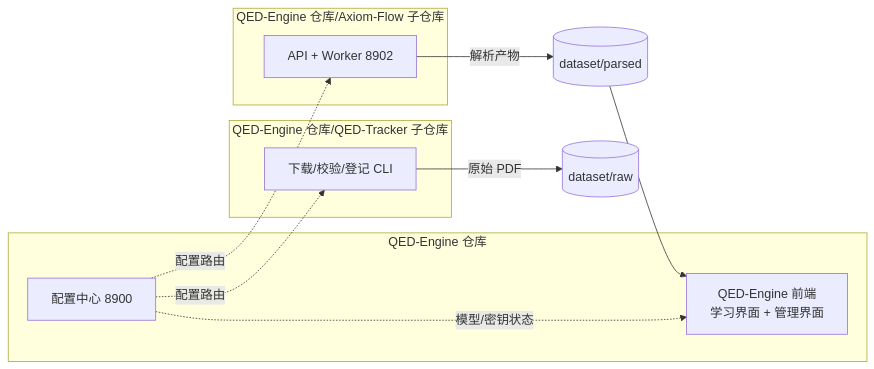
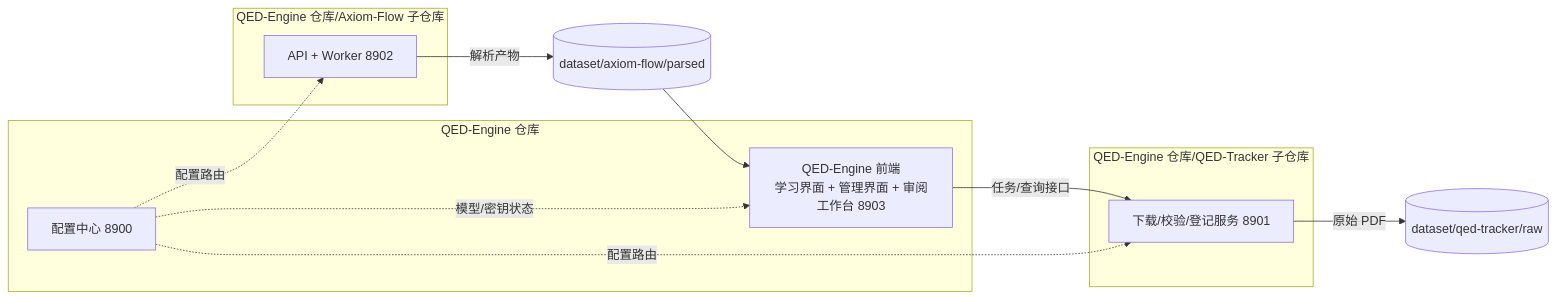
One commit to swfswf1234/QED-Engine changed the diagram in docs/architecture/four-service-architecture.md. Above: the diagram before and after it, drawn with Mermaid. The commit also changed other lines of this file and 14 other files, not shown here.

Commit message:
feat: add unified qed CLI with config subcommand, service discovery and CORS allowlist

````diff
--- a/docs/architecture/four-service-architecture.md
+++ b/docs/architecture/four-service-architecture.md
@@ -14,20 +14,21 @@
 ```mermaid
 flowchart LR
     subgraph Root[QED-Engine 仓库]
-        FE[QED-Engine 前端<br/>学习界面 + 管理界面]
+        FE[QED-Engine 前端<br/>学习界面 + 管理界面 + 审阅工作台 8903]
         CC[配置中心 8900]
     end
     subgraph AF[QED-Engine 仓库/Axiom-Flow 子仓库]
         A[API + Worker 8902]
     end
     subgraph TR[QED-Engine 仓库/QED-Tracker 子仓库]
-        T[下载/校验/登记 CLI]
+        T[下载/校验/登记服务 8901]
     end
 
-    T -->|原始 PDF| R[(dataset/raw)]
-    A -->|解析产物| P[(dataset/parsed)]
+    FE -->|任务/查询接口| T
+    T -->|原始 PDF| R[(dataset/qed-tracker/raw)]
+    A -->|解析产物| P[(dataset/axiom-flow/parsed)]
     P --> FE
     CC -.模型/密钥状态.-> FE
     CC -.配置路由.-> A
     CC -.配置路由.-> T
 ```
````
